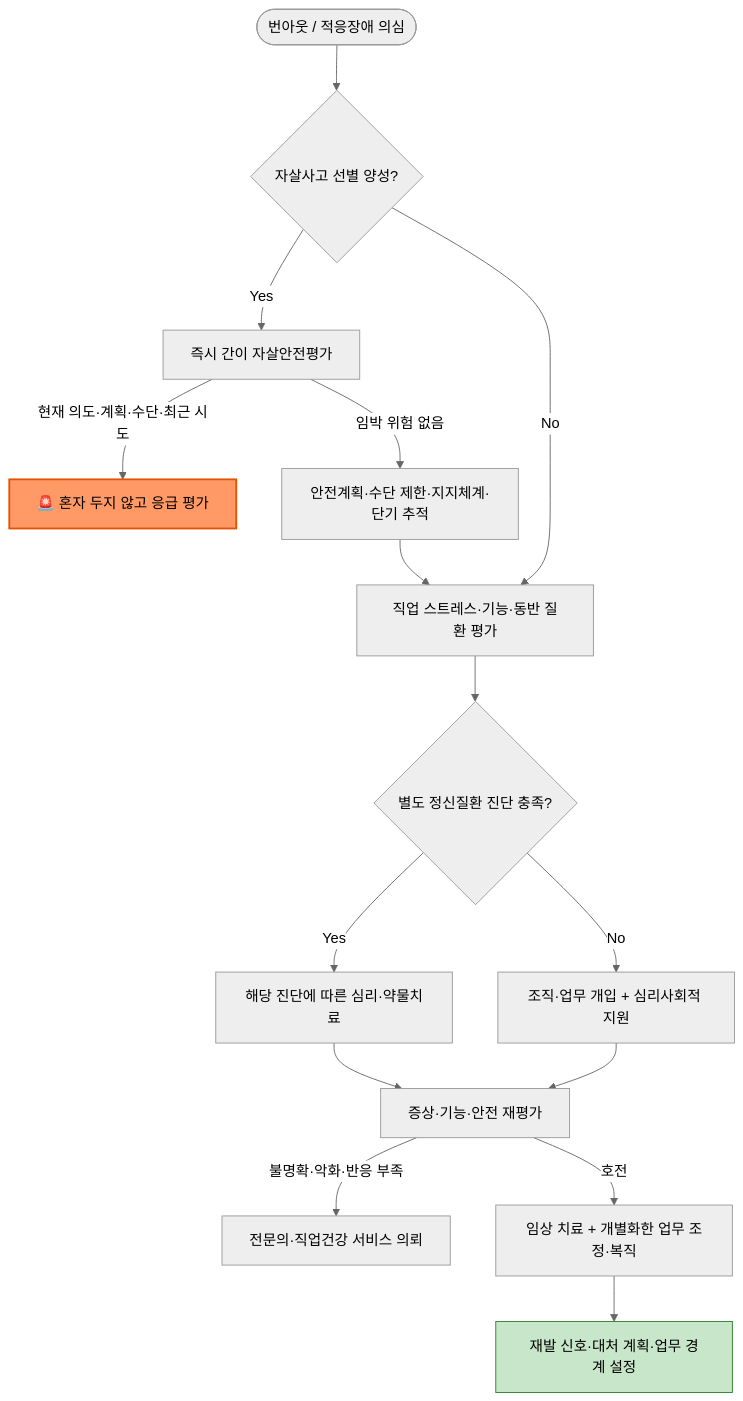
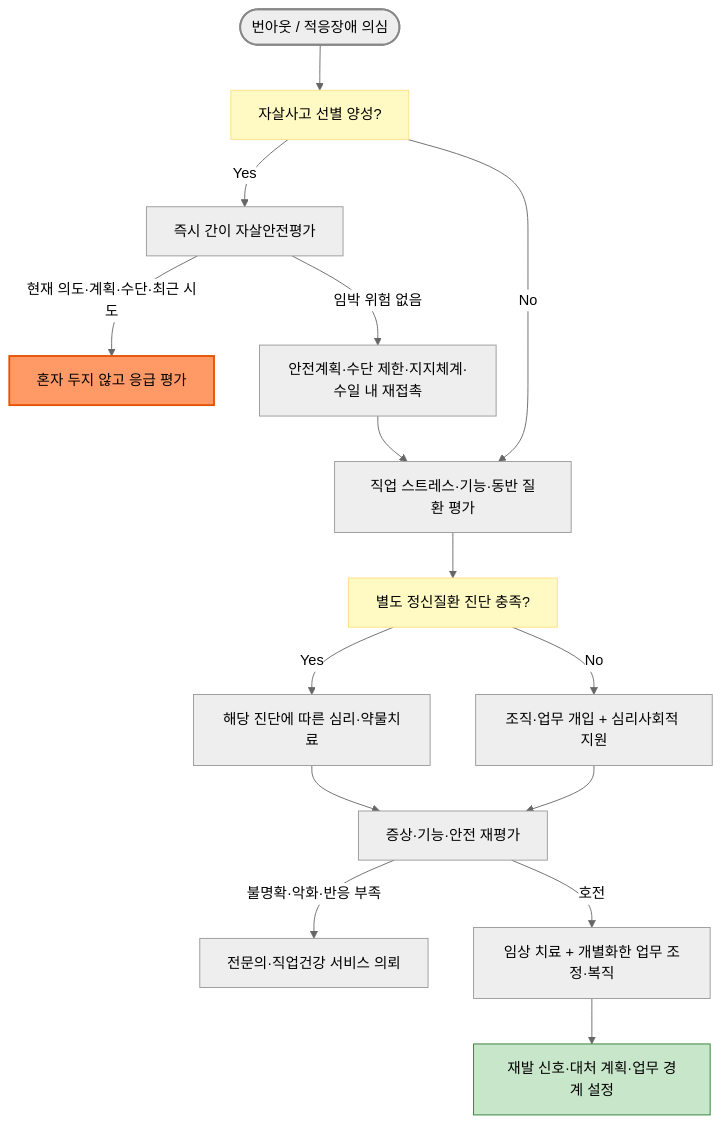
Before and after one commit to familyoh77/familyoh77: the diagram in 221_/032_1-burnout-stress-disorder.md, drawn with Mermaid (neutral theme). The commit also changed other lines of this file, not shown here.

````diff
--- a/221_/032_1-burnout-stress-disorder.md
+++ b/221_/032_1-burnout-stress-disorder.md
@@ -238,20 +231,23 @@
 ```mermaid
 graph TD
-    A([번아웃 / 적응장애 의심]) --> B{"자살사고 선별 양성?"}
+    A([번아웃 / 적응장애 의심]) --> B["자살사고 선별 양성?"]
     B -->|Yes| C["즉시 간이 자살안전평가"]
-    C -->|"현재 의도·계획·수단·최근 시도"| REF["🚨 혼자 두지 않고 응급 평가"]
-    C -->|"임박 위험 없음"| SAFE["안전계획·수단 제한·지지체계·단기 추적"]
+    C -->|"현재 의도·계획·수단·최근 시도"| REF["혼자 두지 않고 응급 평가"]
+    C -->|"임박 위험 없음"| SAFE["안전계획·수단 제한·지지체계·수일 내 재접촉"]
     B -->|No| D["직업 스트레스·기능·동반 질환 평가"]
     SAFE --> D
-    D --> E{"별도 정신질환 진단 충족?"}
+    D --> E["별도 정신질환 진단 충족?"]
     E -->|Yes| F["해당 진단에 따른 심리·약물치료"]
     E -->|No| G["조직·업무 개입 + 심리사회적 지원"]
     F --> H["증상·기능·안전 재평가"]
     G --> H
     H -->|"불명확·악화·반응 부족"| CON["전문의·직업건강 서비스 의뢰"]
     H -->|호전| RTW["임상 치료 + 개별화한 업무 조정·복직"]
     RTW --> PREV["재발 신호·대처 계획·업무 경계 설정"]
 
+    style A fill:#eeeeee,stroke:#888888,stroke-width:2px
+    style B fill:#fff9c4,stroke:#ffe082
+    style E fill:#fff9c4,stroke:#ffe082
     style REF fill:#f96,stroke:#e65100,stroke-width:2px
     style PREV fill:#c8e6c9,stroke:#2e7d32,stroke-width:1px
 ```
````
